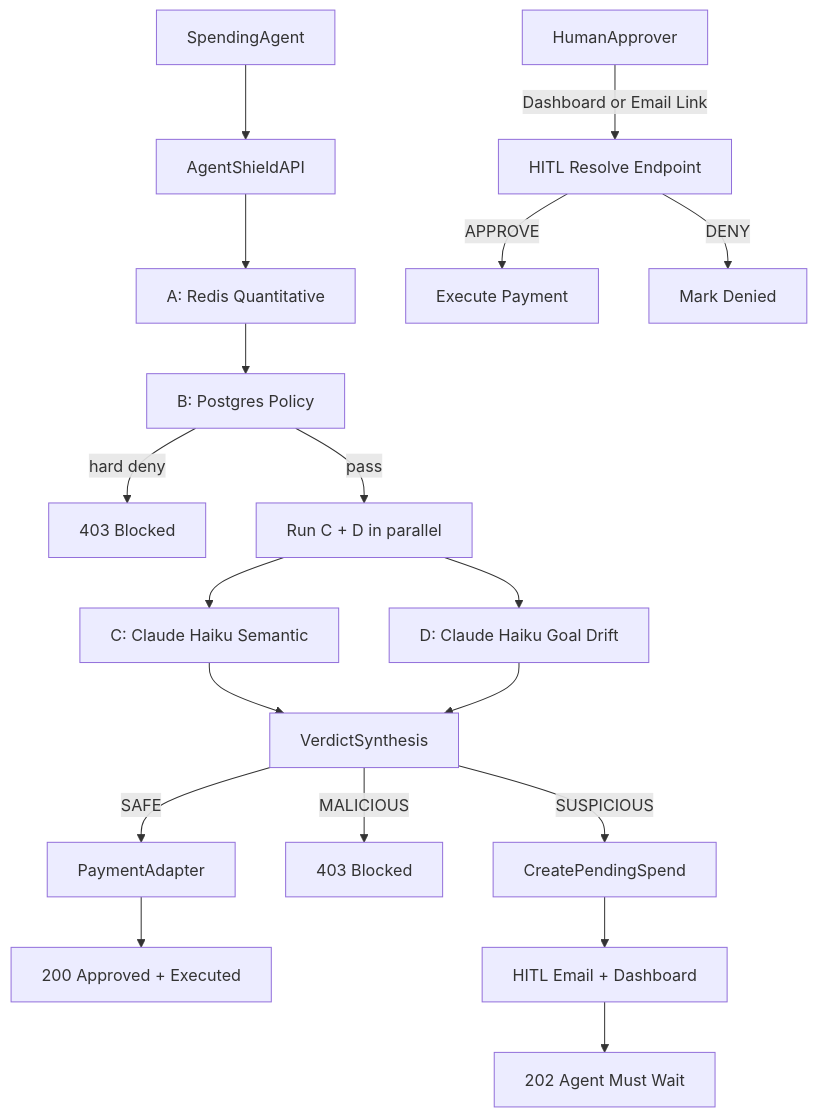
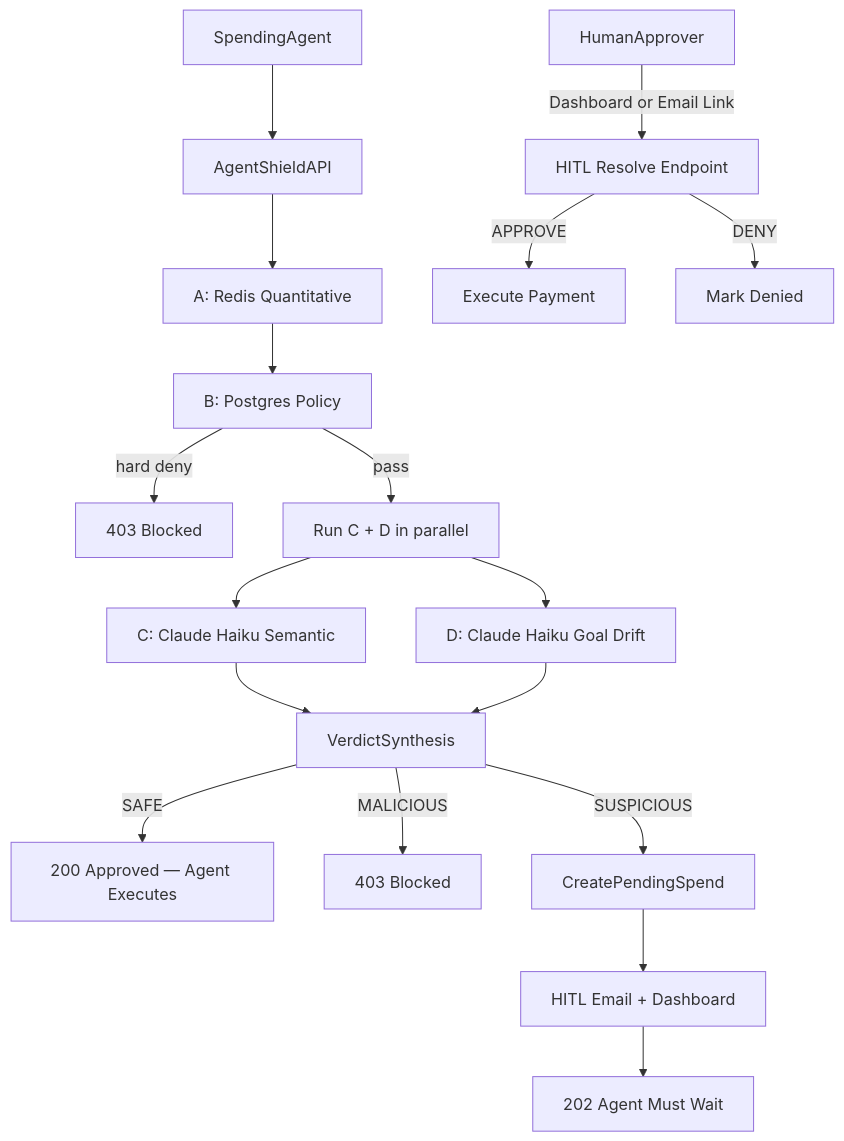
Before and after one commit to lucarizzo03/AgentShieldv2: the diagram in README.md, drawn with Mermaid. The commit also changed other lines of this file, not shown here.

````diff
--- a/README.md
+++ b/README.md
@@ -31,21 +62,20 @@
 ```mermaid
 flowchart TD
     agent[SpendingAgent] --> firewall[AgentShieldAPI]
     firewall --> checkA[A: Redis Quantitative]
     checkA --> checkB[B: Postgres Policy]
     checkB -->|hard deny| deny403early[403 Blocked]
     checkB -->|pass| parallel[Run C + D in parallel]
     parallel --> checkC[C: Claude Haiku Semantic]
     parallel --> checkD[D: Claude Haiku Goal Drift]
     checkC --> synth[VerdictSynthesis]
     checkD --> synth
-    synth -->|SAFE| pay[PaymentAdapter]
-    pay --> ok200[200 Approved + Executed]
+    synth -->|SAFE| ok200[200 Approved — Agent Executes]
     synth -->|MALICIOUS| deny403[403 Blocked]
     synth -->|SUSPICIOUS| pending[CreatePendingSpend]
     pending --> email[HITL Email + Dashboard]
     email --> resp202[202 Agent Must Wait]
     human[HumanApprover] -->|Dashboard or Email Link| resolve[HITL Resolve Endpoint]
     resolve -->|APPROVE| pay2[Execute Payment]
     resolve -->|DENY| denyHuman[Mark Denied]
 ```
````
